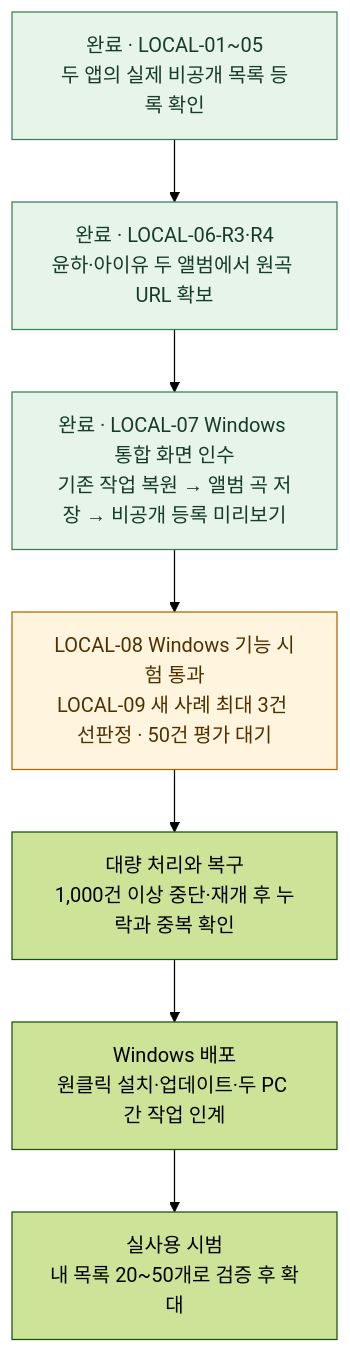
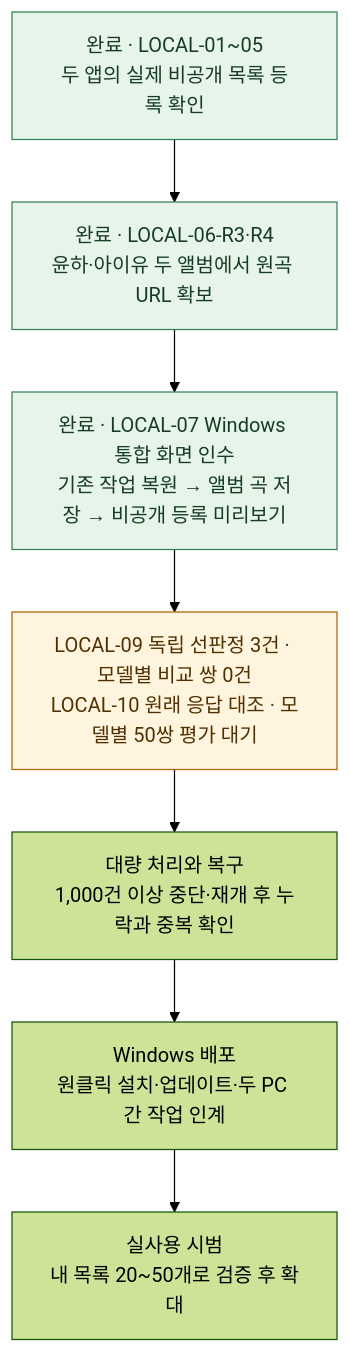
One commit to junis2002/Youtube_Playlist changed the diagram in ROADMAP.md. Above: the diagram before and after it, drawn with Mermaid (forest theme). The commit also changed other lines of this file and 10 other files, not shown here.

````diff
--- a/ROADMAP.md
+++ b/ROADMAP.md
@@ -3,17 +3,17 @@
 ```mermaid
 flowchart TB
     A["완료 · LOCAL-01~05<br/>두 앱의 실제 비공개 목록 등록 확인"]
     B["완료 · LOCAL-06-R3·R4<br/>윤하·아이유 두 앨범에서 원곡 URL 확보"]
     F["완료 · LOCAL-07 Windows 통합 화면 인수<br/>기존 작업 복원 → 앨범 곡 저장 → 비공개 등록 미리보기"]
-    G["LOCAL-08 Windows 기능 시험 통과<br/>LOCAL-09 새 사례 최대 3건 선판정 · 50건 평가 대기"]
+    G["LOCAL-09 독립 선판정 3건 · 모델별 비교 쌍 0건<br/>LOCAL-10 원래 응답 대조 · 모델별 50쌍 평가 대기"]
     H["대량 처리와 복구<br/>1,000건 이상 중단·재개 후 누락과 중복 확인"]
     I["Windows 배포<br/>원클릭 설치·업데이트·두 PC 간 작업 인계"]
     J["실사용 시범<br/>내 목록 20~50개로 검증 후 확대"]
 
     A --> B --> F --> G --> H --> I --> J
 
     classDef done fill:#e6f4ea,stroke:#368253,color:#173c25
     classDef next fill:#fff4dd,stroke:#ab6700,color:#503000
     class A,B,F done
     class G next
 ```
````
